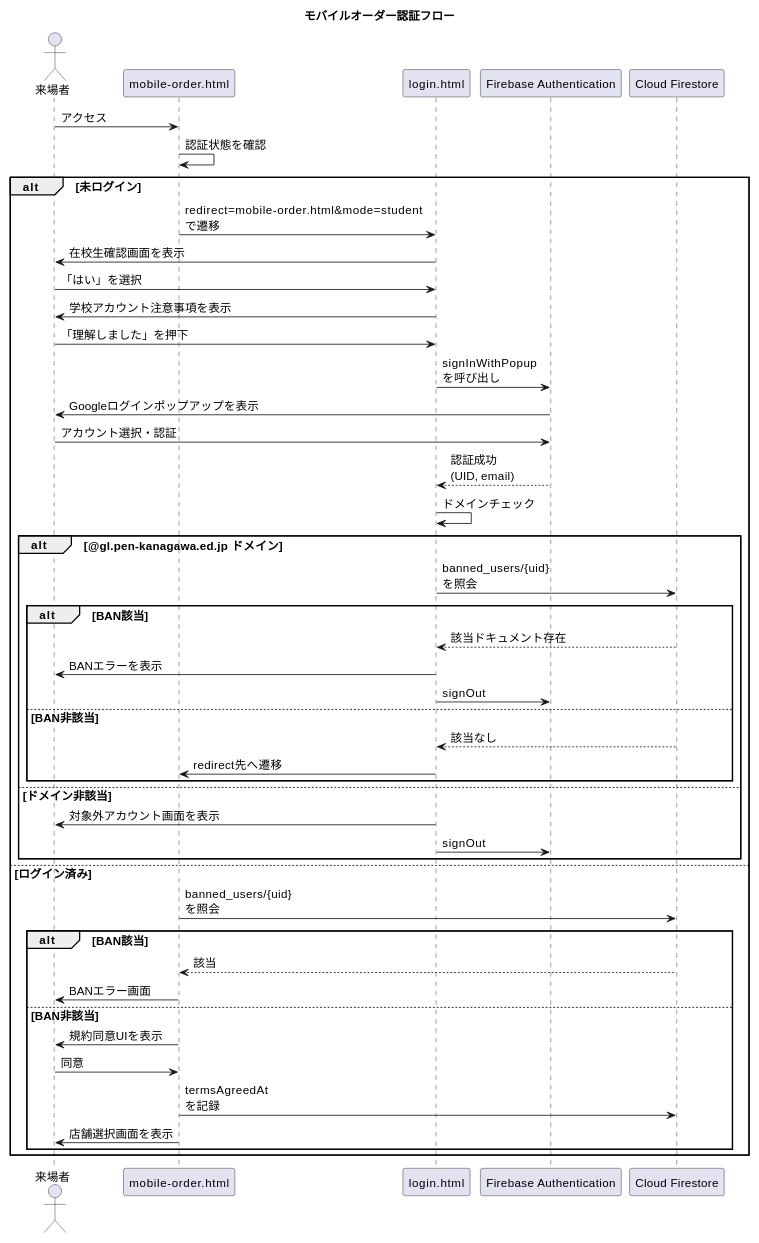
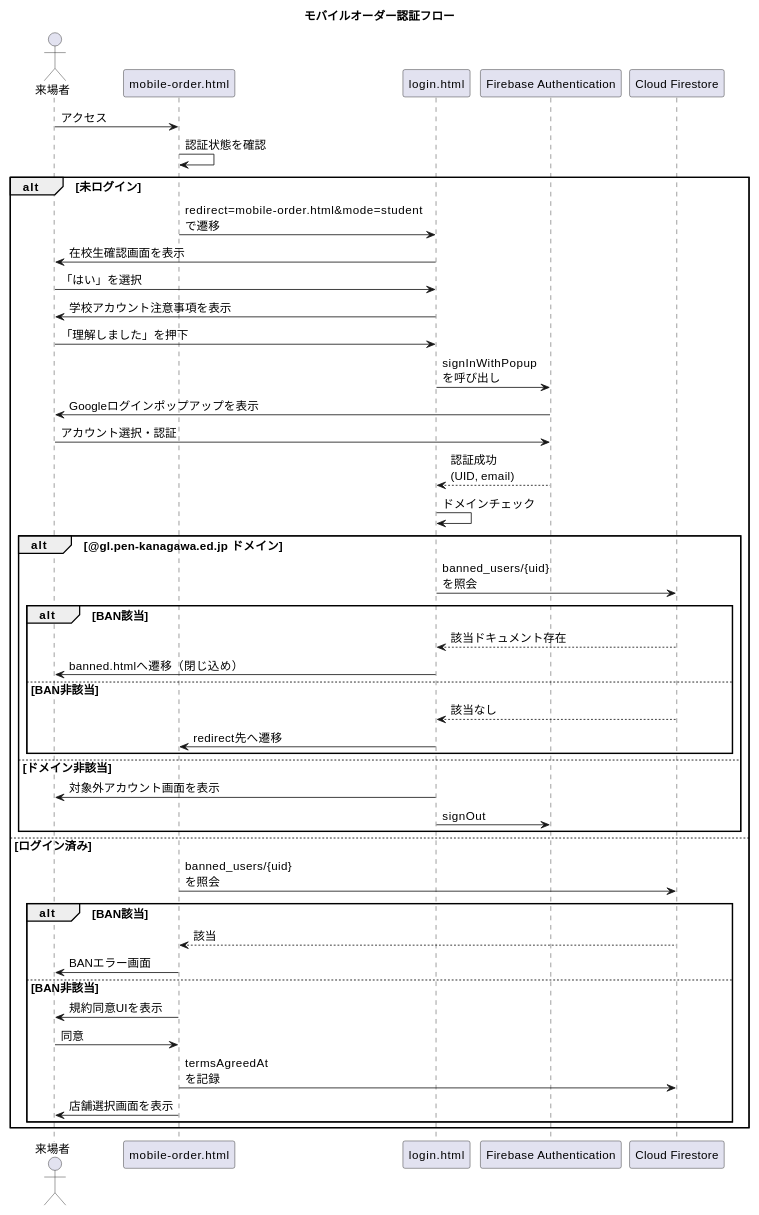
One commit to ynr-cs/nanryosai2026 changed the third of 17 diagrams in 設計図/南陵祭2026 POS・モバイルオーダーシステム 設計計画書.md. Above: the diagram before and after it, drawn with PlantUML. The commit also changed other lines of this file and 14 other files, not shown here.

````diff
--- a/設計図/南陵祭2026 POS・モバイルオーダーシステム 設計計画書.md
+++ b/設計図/南陵祭2026 POS・モバイルオーダーシステム 設計計画書.md
@@ -813,57 +767,56 @@
 ```plantuml
 @startuml auth_flow_mobile
 title モバイルオーダー認証フロー
 
 scale 800 width
 skinparam defaultFontSize 14
 skinparam maxMessageSize 80
 
 actor 来場者 as Visitor
 participant "mobile-order.html" as MobileOrder
 participant "login.html" as Login
 participant "Firebase Authentication" as Auth
 participant "Cloud Firestore" as Firestore
 
 Visitor -> MobileOrder: アクセス
 MobileOrder -> MobileOrder: 認証状態を確認
 alt 未ログイン
     MobileOrder -> Login: redirect=mobile-order.html&mode=student で遷移
     Login -> Visitor: 在校生確認画面を表示
     Visitor -> Login: 「はい」を選択
     Login -> Visitor: 学校アカウント注意事項を表示
     Visitor -> Login: 「理解しました」を押下
     Login -> Auth: signInWithPopup を呼び出し
     Auth -> Visitor: Googleログインポップアップを表示
     Visitor -> Auth: アカウント選択・認証
     Auth --> Login: 認証成功 (UID, email)
-    
+
     Login -> Login: ドメインチェック
     alt @gl.pen-kanagawa.ed.jp ドメイン
         Login -> Firestore: banned_users/{uid} を照会
         alt BAN該当
             Firestore --> Login: 該当ドキュメント存在
-            Login -> Visitor: BANエラーを表示
-            Login -> Auth: signOut
+            Login -> Visitor: banned.htmlへ遷移（閉じ込め）
         else BAN非該当
             Firestore --> Login: 該当なし
             Login -> MobileOrder: redirect先へ遷移
         end
     else ドメイン非該当
         Login -> Visitor: 対象外アカウント画面を表示
         Login -> Auth: signOut
     end
 else ログイン済み
     MobileOrder -> Firestore: banned_users/{uid} を照会
     alt BAN該当
         Firestore --> MobileOrder: 該当
         MobileOrder -> Visitor: BANエラー画面
     else BAN非該当
         MobileOrder -> Visitor: 規約同意UIを表示
         Visitor -> MobileOrder: 同意
         MobileOrder -> Firestore: termsAgreedAt を記録
         MobileOrder -> Visitor: 店舗選択画面を表示
     end
 end
 
 @enduml
 ```
````
